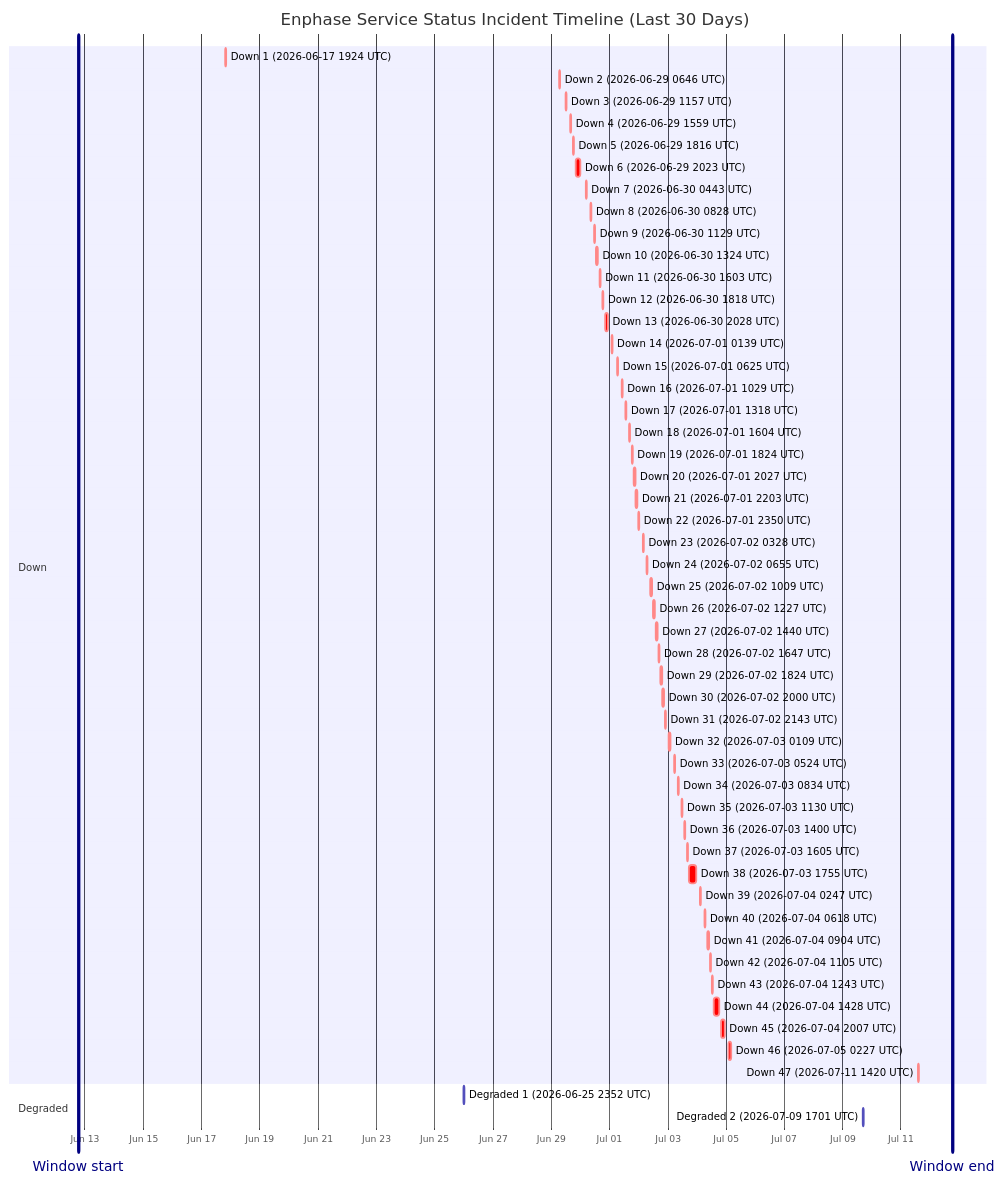
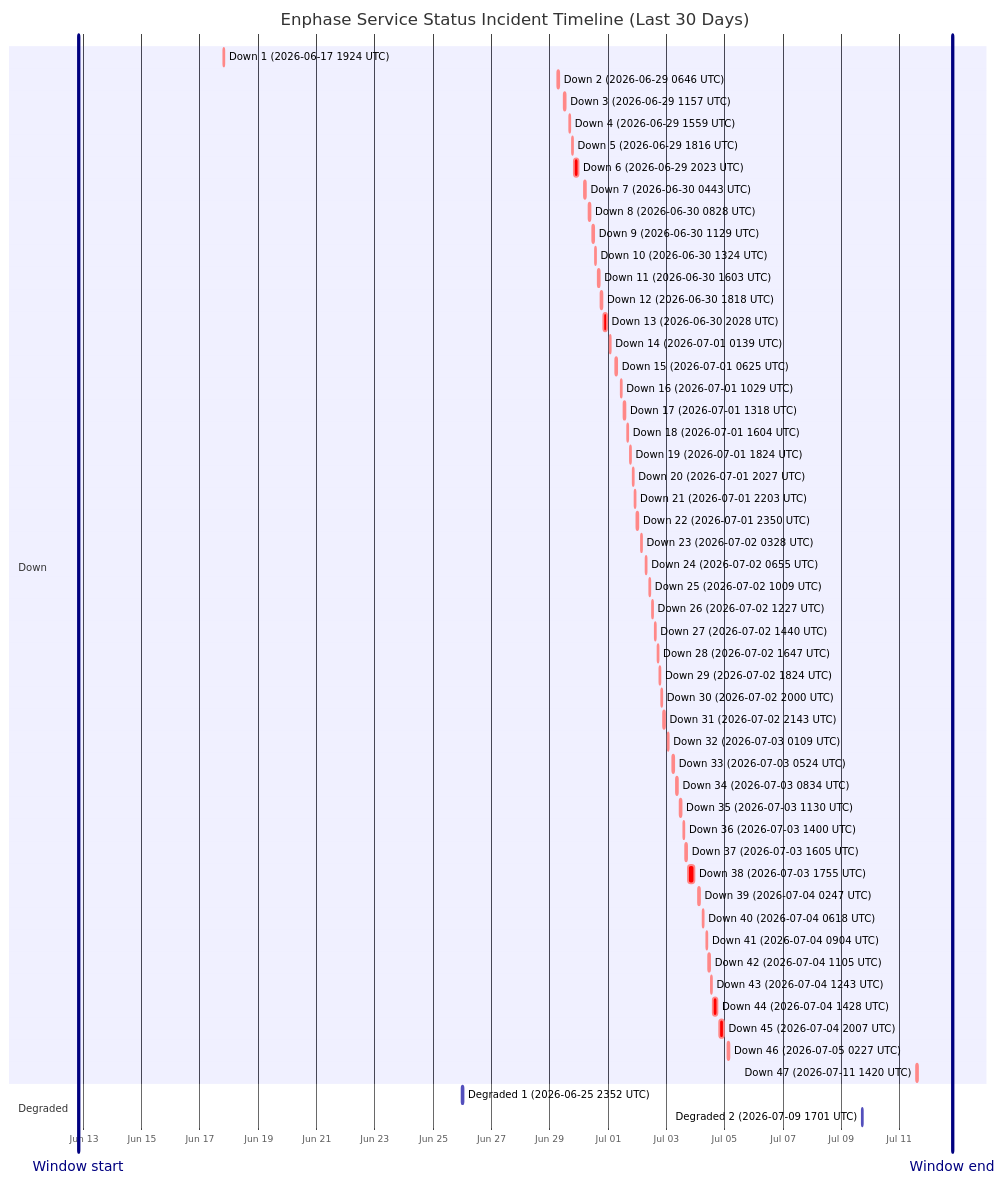
One commit to barneyonline/ha-enphase-energy changed the diagram in wiki/Service-Status-History.md. Above: the diagram before and after it, drawn with Mermaid. The commit also changed other lines of this file and 3 other files, not shown here.

````diff
--- a/wiki/Service-Status-History.md
+++ b/wiki/Service-Status-History.md
@@ -14,59 +14,59 @@
 ```mermaid
 gantt
     title Enphase Service Status Incident Timeline (Last 30 Days)
     dateFormat  YYYY-MM-DDTHH:mm:ss
     axisFormat  %b %d
-    Window start :vert, window-start, 2026-06-12T18:26:22, 0ms
-    Window end :vert, window-end, 2026-07-12T18:26:22, 0ms
+    Window start :vert, window-start, 2026-06-12T19:38:49, 0ms
+    Window end :vert, window-end, 2026-07-12T19:38:49, 0ms
     section Down
     Down 1 (2026-06-17 1924 UTC) :crit, down-1, 2026-06-17T19:24:51, 60m
     Down 2 (2026-06-29 0646 UTC) :crit, down-2, 2026-06-29T06:46:18, 60m
     Down 3 (2026-06-29 1157 UTC) :crit, down-3, 2026-06-29T11:57:36, 60m
     Down 4 (2026-06-29 1559 UTC) :crit, down-4, 2026-06-29T15:59:02, 60m
     Down 5 (2026-06-29 1816 UTC) :crit, down-5, 2026-06-29T18:16:38, 60m
     Down 6 (2026-06-29 2023 UTC) :crit, down-6, 2026-06-29T20:23:16, 220m
     Down 7 (2026-06-30 0443 UTC) :crit, down-7, 2026-06-30T04:43:54, 60m
     Down 8 (2026-06-30 0828 UTC) :crit, down-8, 2026-06-30T08:28:43, 60m
     Down 9 (2026-06-30 1129 UTC) :crit, down-9, 2026-06-30T11:29:15, 60m
     Down 10 (2026-06-30 1324 UTC) :crit, down-10, 2026-06-30T13:24:25, 60m
     Down 11 (2026-06-30 1603 UTC) :crit, down-11, 2026-06-30T16:03:26, 60m
     Down 12 (2026-06-30 1818 UTC) :crit, down-12, 2026-06-30T18:18:39, 60m
     Down 13 (2026-06-30 2028 UTC) :crit, down-13, 2026-06-30T20:28:54, 171m
     Down 14 (2026-07-01 0139 UTC) :crit, down-14, 2026-07-01T01:39:18, 60m
     Down 15 (2026-07-01 0625 UTC) :crit, down-15, 2026-07-01T06:25:35, 60m
     Down 16 (2026-07-01 1029 UTC) :crit, down-16, 2026-07-01T10:29:24, 60m
     Down 17 (2026-07-01 1318 UTC) :crit, down-17, 2026-07-01T13:18:31, 60m
     Down 18 (2026-07-01 1604 UTC) :crit, down-18, 2026-07-01T16:04:29, 60m
     Down 19 (2026-07-01 1824 UTC) :crit, down-19, 2026-07-01T18:24:21, 60m
     Down 20 (2026-07-01 2027 UTC) :crit, down-20, 2026-07-01T20:27:17, 60m
     Down 21 (2026-07-01 2203 UTC) :crit, down-21, 2026-07-01T22:03:46, 60m
     Down 22 (2026-07-01 2350 UTC) :crit, down-22, 2026-07-01T23:50:52, 60m
     Down 23 (2026-07-02 0328 UTC) :crit, down-23, 2026-07-02T03:28:33, 60m
     Down 24 (2026-07-02 0655 UTC) :crit, down-24, 2026-07-02T06:55:07, 60m
     Down 25 (2026-07-02 1009 UTC) :crit, down-25, 2026-07-02T10:09:15, 60m
     Down 26 (2026-07-02 1227 UTC) :crit, down-26, 2026-07-02T12:27:49, 60m
     Down 27 (2026-07-02 1440 UTC) :crit, down-27, 2026-07-02T14:40:53, 60m
     Down 28 (2026-07-02 1647 UTC) :crit, down-28, 2026-07-02T16:47:47, 60m
     Down 29 (2026-07-02 1824 UTC) :crit, down-29, 2026-07-02T18:24:26, 60m
     Down 30 (2026-07-02 2000 UTC) :crit, down-30, 2026-07-02T20:00:57, 60m
     Down 31 (2026-07-02 2143 UTC) :crit, down-31, 2026-07-02T21:43:52, 80m
     Down 32 (2026-07-03 0109 UTC) :crit, down-32, 2026-07-03T01:09:19, 60m
     Down 33 (2026-07-03 0524 UTC) :crit, down-33, 2026-07-03T05:24:23, 60m
     Down 34 (2026-07-03 0834 UTC) :crit, down-34, 2026-07-03T08:34:05, 60m
     Down 35 (2026-07-03 1130 UTC) :crit, down-35, 2026-07-03T11:30:41, 60m
     Down 36 (2026-07-03 1400 UTC) :crit, down-36, 2026-07-03T14:00:48, 60m
     Down 37 (2026-07-03 1605 UTC) :crit, down-37, 2026-07-03T16:05:49, 60m
     Down 38 (2026-07-03 1755 UTC) :crit, down-38, 2026-07-03T17:55:54, 338m
     Down 39 (2026-07-04 0247 UTC) :crit, down-39, 2026-07-04T02:47:22, 60m
     Down 40 (2026-07-04 0618 UTC) :crit, down-40, 2026-07-04T06:18:09, 60m
     Down 41 (2026-07-04 0904 UTC) :crit, down-41, 2026-07-04T09:04:41, 60m
     Down 42 (2026-07-04 1105 UTC) :crit, down-42, 2026-07-04T11:05:21, 60m
     Down 43 (2026-07-04 1243 UTC) :crit, down-43, 2026-07-04T12:43:25, 60m
     Down 44 (2026-07-04 1428 UTC) :crit, down-44, 2026-07-04T14:28:07, 243m
     Down 45 (2026-07-04 2007 UTC) :crit, down-45, 2026-07-04T20:07:50, 206m
     Down 46 (2026-07-05 0227 UTC) :crit, down-46, 2026-07-05T02:27:32, 109m
     Down 47 (2026-07-11 1420 UTC) :crit, down-47, 2026-07-11T14:20:54, 69m
     section Degraded
     Degraded 1 (2026-06-25 2352 UTC) :active, degraded-1, 2026-06-25T23:52:01, 60m
     Degraded 2 (2026-07-09 1701 UTC) :active, degraded-2, 2026-07-09T17:01:02, 60m
 ```
````
